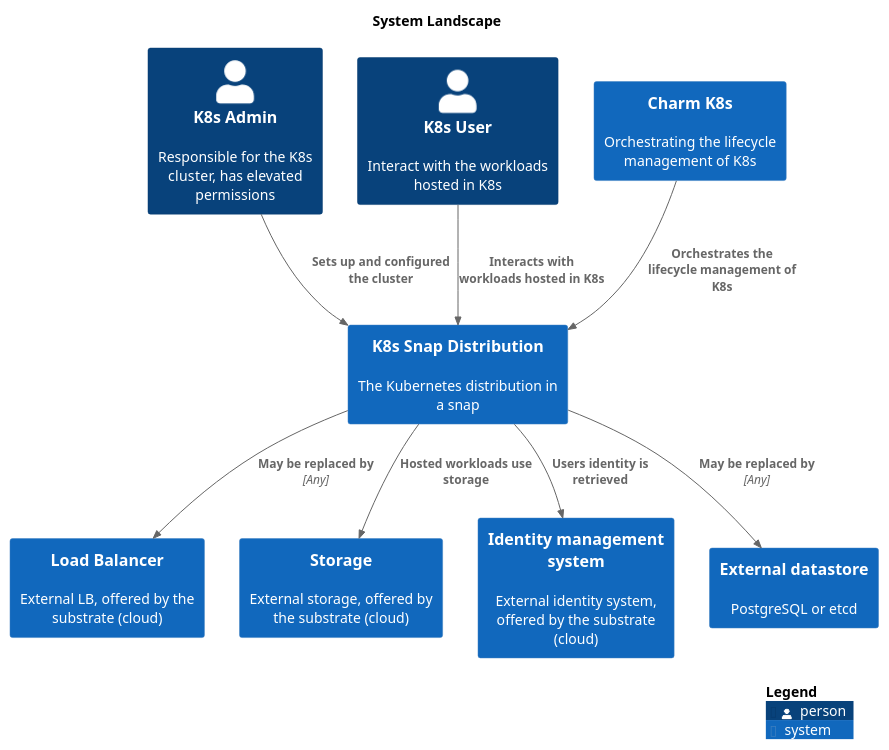
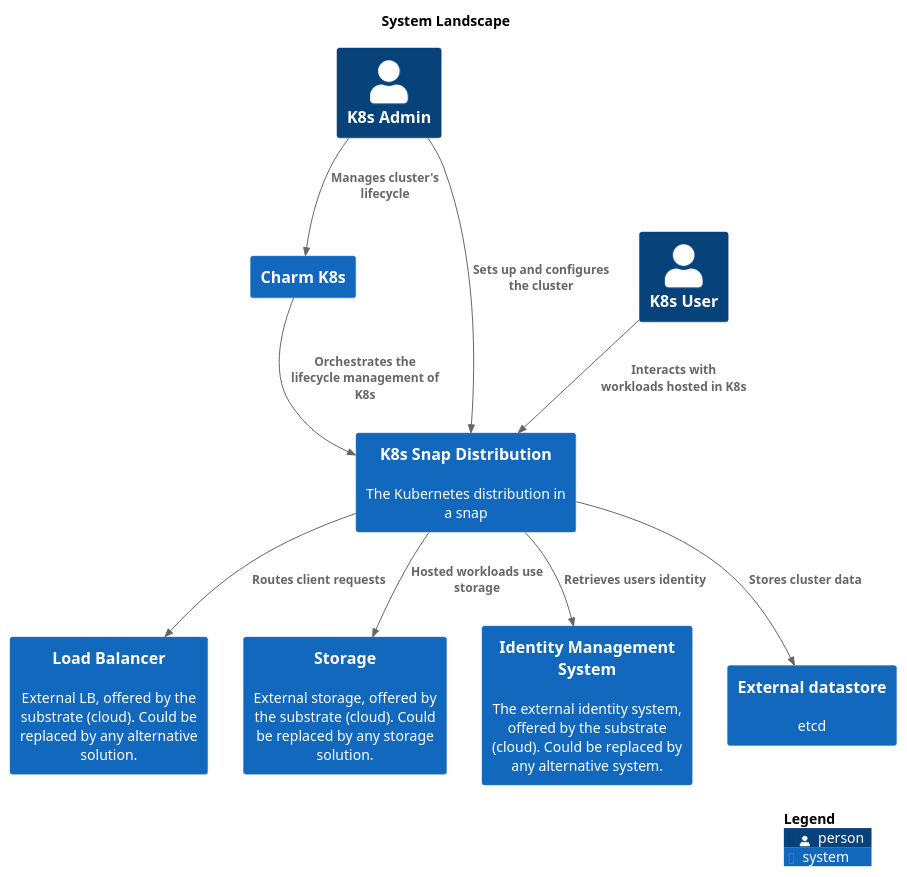
The diagram in docs/src/assets/overview.puml (canonical/k8s-snap), drawn with PlantUML before and after one commit.

Commit message:
Improve relationship and language in Overview diagram

```diff
--- a/docs/src/assets/overview.puml
+++ b/docs/src/assets/overview.puml
@@ -1,28 +1,29 @@
 @startuml
 set separator none
 title System Landscape
 
 top to bottom direction
 
 !include <C4/C4>
 !include <C4/C4_Context>
 
-Person(K8sAdmin, "K8s Admin", $descr="Responsible for the K8s cluster, has elevated permissions", $tags="", $link="")
-Person(K8sUser, "K8s User", $descr="Interact with the workloads hosted in K8s", $tags="", $link="")
-System(CharmK8s, "Charm K8s", $descr="Orchestrating the lifecycle management of K8s", $tags="", $link="")
-System(LoadBalancer, "Load Balancer", $descr="External LB, offered by the substrate (cloud)", $tags="", $link="")
-System(Storage, "Storage", $descr="External storage, offered by the substrate (cloud)", $tags="", $link="")
-System(Identitymanagementsystem, "Identity management system", $descr="External identity system, offered by the substrate (cloud)", $tags="", $link="")
-System(Externaldatastore, "External datastore", $descr="PostgreSQL or etcd", $tags="", $link="")
+Person(K8sAdmin, "K8s Admin", $descr="", $tags="", $link="")
+Person(K8sUser, "K8s User", $descr="", $tags="", $link="")
+System(CharmK8s, "Charm K8s", $descr="", $tags="", $link="")
+System(LoadBalancer, "Load Balancer", $descr="External LB, offered by the substrate (cloud). Could be replaced by any alternative solution.", $tags="", $link="")
+System(Storage, "Storage", $descr="External storage, offered by the substrate (cloud). Could be replaced by any storage solution.", $tags="", $link="")
+System(IdentityManagementSystem, "Identity Management System", $descr="The external identity system, offered by the substrate (cloud). Could be replaced by any alternative system.", $tags="", $link="")
+System(Externaldatastore, "External datastore", $descr="etcd", $tags="", $link="")
 System(K8sSnapDistribution, "K8s Snap Distribution", $descr="The Kubernetes distribution in a snap", $tags="", $link="")
 
-Rel(K8sAdmin, K8sSnapDistribution, "Sets up and configured the cluster", $techn="", $tags="", $link="")
+Rel(K8sAdmin, K8sSnapDistribution, "Sets up and configures the cluster", $techn="", $tags="", $link="")
+Rel(K8sAdmin, CharmK8s, "Manages cluster's lifecycle", $techn="", $tags="", $link="")
 Rel(K8sUser, K8sSnapDistribution, "Interacts with workloads hosted in K8s", $techn="", $tags="", $link="")
 Rel(CharmK8s, K8sSnapDistribution, "Orchestrates the lifecycle management of K8s", $techn="", $tags="", $link="")
 Rel(K8sSnapDistribution, Storage, "Hosted workloads use storage", $techn="", $tags="", $link="")
-Rel(K8sSnapDistribution, Identitymanagementsystem, "Users identity is retrieved", $techn="", $tags="", $link="")
-Rel(K8sSnapDistribution, Externaldatastore, "May be replaced by", $techn="Any", $tags="", $link="")
-Rel(K8sSnapDistribution, LoadBalancer, "May be replaced by", $techn="Any", $tags="", $link="")
+Rel(K8sSnapDistribution, IdentityManagementSystem, "Retrieves users identity", $techn="", $tags="", $link="")
+Rel(K8sSnapDistribution, Externaldatastore, "Stores cluster data", $techn="", $tags="", $link="")
+Rel(K8sSnapDistribution, LoadBalancer, "Routes client requests", $techn="", $tags="", $link="")
 
 SHOW_LEGEND(true)
 @enduml
```
